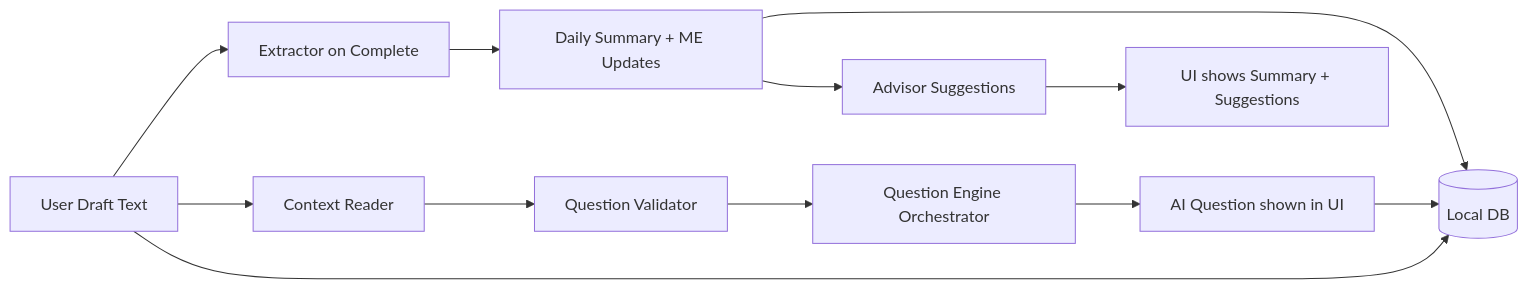
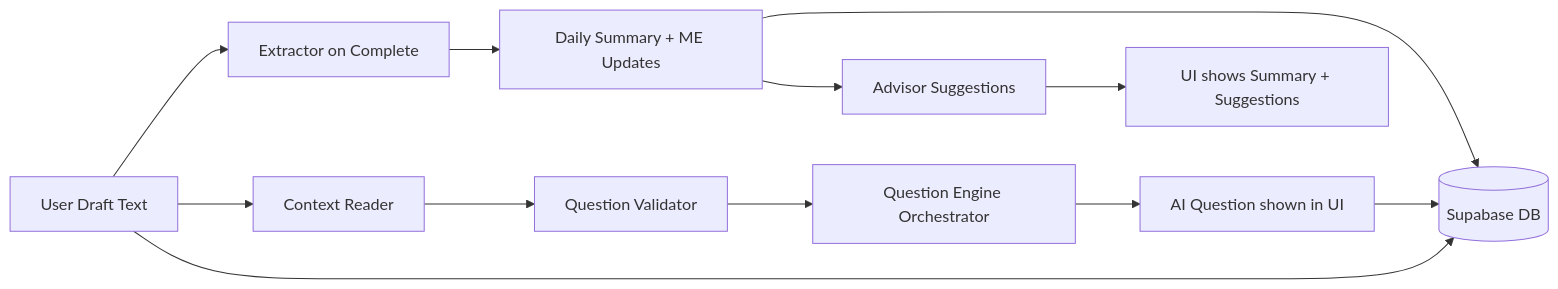
One commit to mjkang-estrella/ai-journal changed the first of 2 diagrams in docs/architecture.md. Above: the diagram before and after it, drawn with Mermaid. The commit also changed other lines of this file and 44 other files, not shown here.

````diff
--- a/docs/architecture.md
+++ b/docs/architecture.md
@@ -68,14 +68,14 @@
 ```mermaid
 flowchart LR
   A[User Draft Text] --> B[Context Reader]
   B --> C[Question Validator]
   C --> D[Question Engine Orchestrator]
   D --> E[AI Question shown in UI]
   A --> F[Extractor on Complete]
   F --> G[Daily Summary + ME Updates]
   G --> H[Advisor Suggestions]
   H --> I[UI shows Summary + Suggestions]
-  G --> J[(Local DB)]
+  G --> J[(Supabase DB)]
   E --> J
   A --> J
   ```
````
